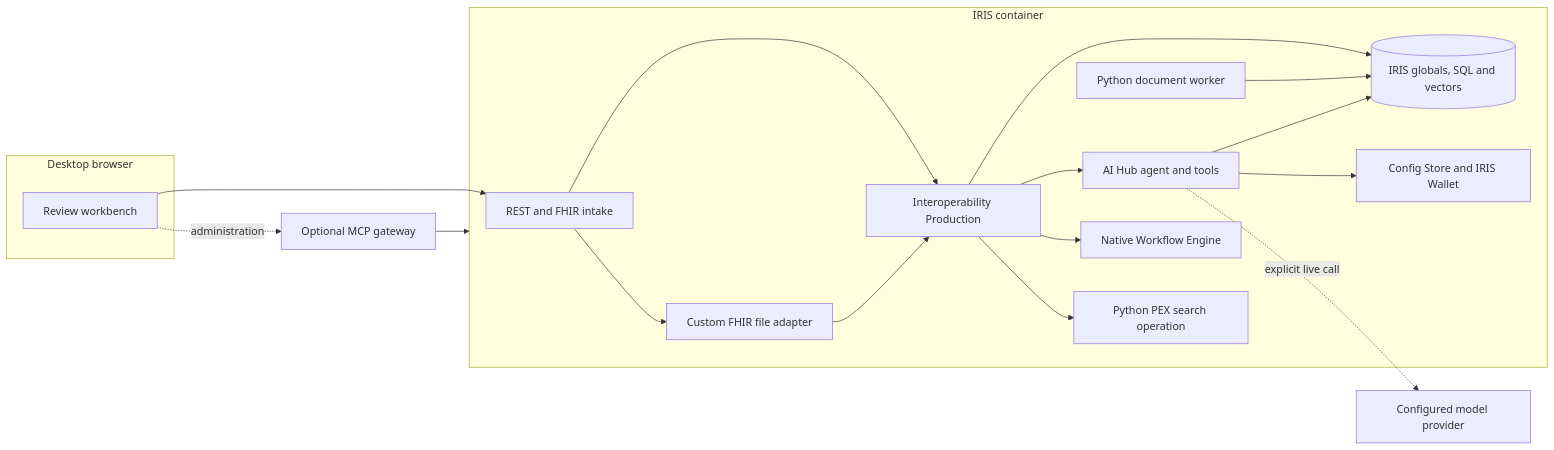
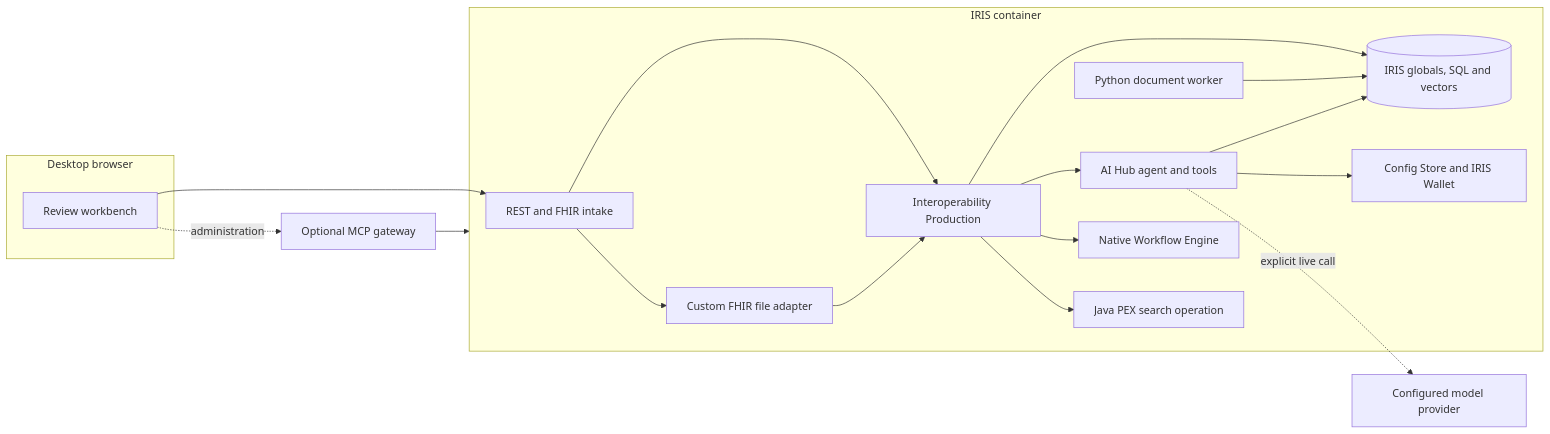
The second of 2 diagrams in README.md (boanerges1227/MedicalInsuranceAudit), drawn with Mermaid before and after one commit. The commit also changed other lines of this file and 18 other files, not shown here.

Commit message:
Replace Python PEX embeddings with Java ONNX operation

````diff
--- a/README.md
+++ b/README.md
@@ -81,31 +81,31 @@
 ```mermaid
 flowchart LR
     subgraph Client[Desktop browser]
         UI[Review workbench]
     end
     subgraph IRIS[IRIS container]
         API[REST and FHIR intake]
         ADAPTER[Custom FHIR file adapter]
         PROD[Interoperability Production]
         AGENT[AI Hub agent and tools]
         WORKER[Python document worker]
-        EMBED[Python PEX search operation]
+        EMBED[Java PEX search operation]
         FLOW[Native Workflow Engine]
         STORE[(IRIS globals, SQL and vectors)]
         CONFIG[Config Store and IRIS Wallet]
         API --> PROD
         API --> ADAPTER
         ADAPTER --> PROD
         PROD --> STORE
         PROD --> AGENT
         PROD --> FLOW
         PROD --> EMBED
         AGENT --> STORE
         AGENT --> CONFIG
         WORKER --> STORE
     end
     UI --> API
     UI -. administration .-> GATEWAY[Optional MCP gateway]
     GATEWAY --> IRIS
     AGENT -. explicit live call .-> MODEL[Configured model provider]
 ```
````
